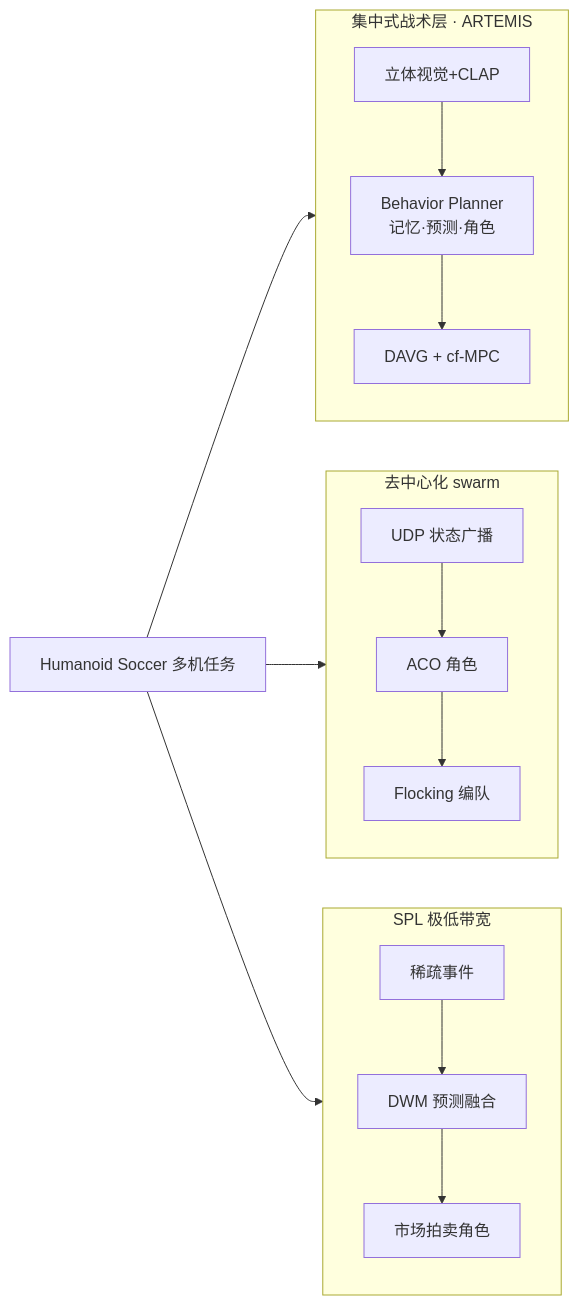
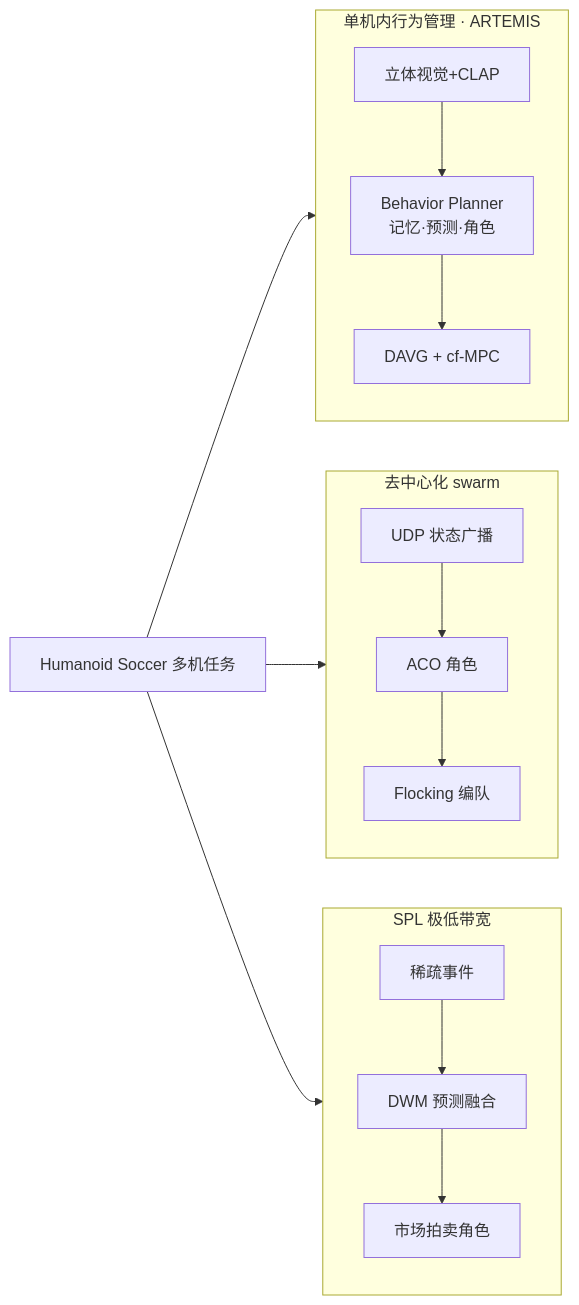
One commit to ImChong/Robotics_Notebooks changed the diagram in wiki/concepts/humanoid-multi-robot-coordination.md. Above: the diagram before and after it, drawn with Mermaid. The commit also changed other lines of this file and 4 other files, not shown here.

````diff
--- a/wiki/concepts/humanoid-multi-robot-coordination.md
+++ b/wiki/concepts/humanoid-multi-robot-coordination.md
@@ -63,27 +69,27 @@
 ```mermaid
 flowchart LR
-  subgraph centralized ["集中式战术层 · ARTEMIS"]
+  subgraph centralized ["单机内行为管理 · ARTEMIS"]
     perc["立体视觉+CLAP"]
     beh["Behavior Planner<br/>记忆·预测·角色"]
     nav["DAVG + cf-MPC"]
     perc --> beh --> nav
   end
 
   subgraph decentralized ["去中心化 swarm"]
     udp["UDP 状态广播"]
     aco["ACO 角色"]
     flock["Flocking 编队"]
     udp --> aco --> flock
   end
 
   subgraph spl ["SPL 极低带宽"]
     evt["稀疏事件"]
     dwm["DWM 预测融合"]
     auction["市场拍卖角色"]
     evt --> dwm --> auction
   end
 
   task["Humanoid Soccer 多机任务"] --> centralized
   task --> decentralized
   task --> spl
 ```
````
